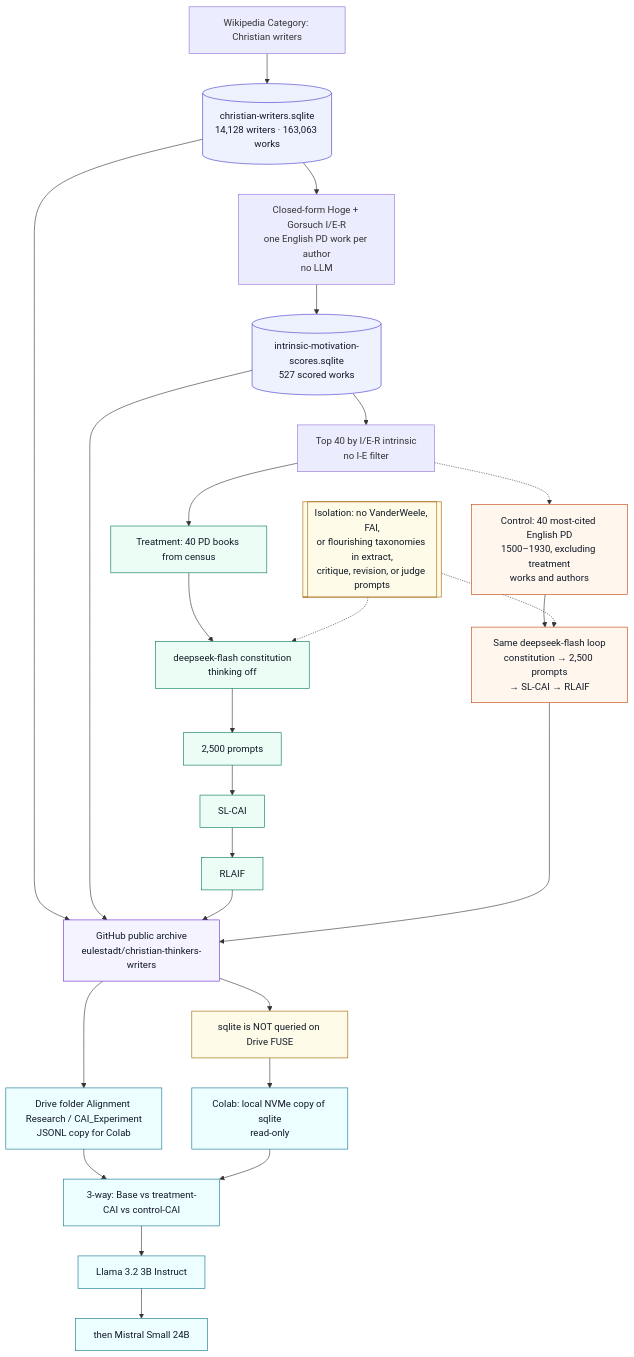
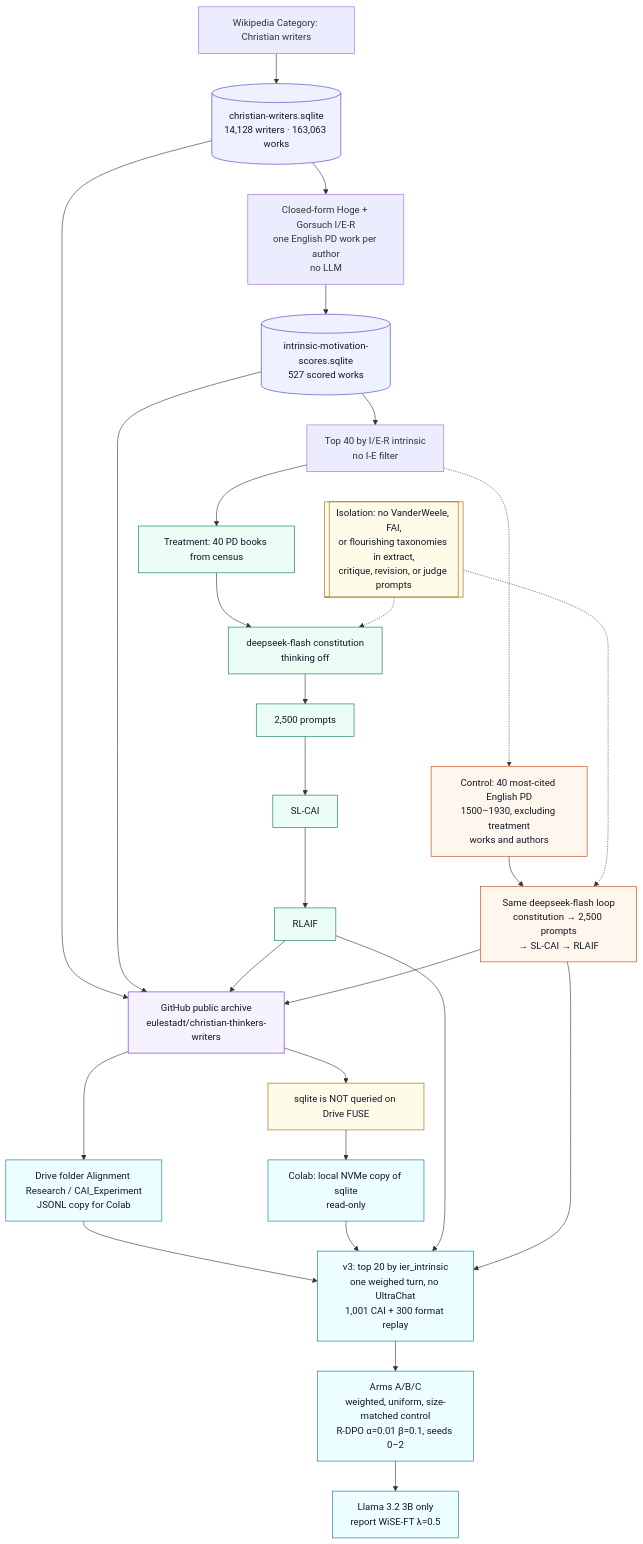
The diagram in docs/pipeline-flowchart.md (eulestadt/christian-thinkers-writers), drawn with Mermaid before and after one commit. The commit also changed other lines of this file and 20 other files, not shown here.

````diff
--- a/docs/pipeline-flowchart.md
+++ b/docs/pipeline-flowchart.md
@@ -11,58 +11,60 @@
 ```mermaid
 flowchart TB
   WP["Wikipedia Category: Christian writers"]
   CDB[("christian-writers.sqlite<br/>14,128 writers · 163,063 works")]
   SC["Closed-form Hoge + Gorsuch I/E-R<br/>one English PD work per author<br/>no LLM"]
   SDB[("intrinsic-motivation-scores.sqlite<br/>527 scored works")]
   T40["Top 40 by I/E-R intrinsic<br/>no I-E filter"]
 
   WP --> CDB --> SC --> SDB --> T40
 
   ISO[["Isolation: no VanderWeele, FAI,<br/>or flourishing taxonomies in extract,<br/>critique, revision, or judge prompts"]]
 
   TB["Treatment: 40 PD books from census"]
   TC["deepseek-flash constitution<br/>thinking off"]
   TP["2,500 prompts"]
   TSL["SL-CAI"]
   TRL["RLAIF"]
   T40 --> TB --> TC --> TP --> TSL --> TRL
   ISO -.-> TC
 
   CB["Control: 40 most-cited English PD<br/>1500–1930, excluding treatment<br/>works and authors"]
   CC["Same deepseek-flash loop<br/>constitution → 2,500 prompts<br/>→ SL-CAI → RLAIF"]
   T40 -.-> CB --> CC
   ISO -.-> CC
 
   GH["GitHub public archive<br/>eulestadt/christian-thinkers-writers"]
   CDB --> GH
   SDB --> GH
   TRL --> GH
   CC --> GH
 
   JL["Drive folder Alignment Research / CAI_Experiment<br/>JSONL copy for Colab"]
   NF["sqlite is NOT queried on Drive FUSE"]
   GH --> JL
   GH --> NF
 
   NV["Colab: local NVMe copy of sqlite<br/>read-only"]
-  AR["3-way: Base vs treatment-CAI vs control-CAI"]
-  L3["Llama 3.2 3B Instruct"]
-  MS["then Mistral Small 24B"]
+  V3["v3: top 20 by ier_intrinsic<br/>one weighed turn, no UltraChat<br/>1,001 CAI + 300 format replay"]
+  ARMS["Arms A/B/C<br/>weighted, uniform, size-matched control<br/>R-DPO α=0.01 β=0.1, seeds 0–2"]
+  L3["Llama 3.2 3B only<br/>report WiSE-FT λ=0.5"]
   NF --> NV
-  JL --> AR
-  NV --> AR
-  AR --> L3 --> MS
+  JL --> V3
+  NV --> V3
+  TRL --> V3
+  CC --> V3
+  V3 --> ARMS --> L3
 
   classDef db fill:#eef2ff,stroke:#4338ca,color:#111827
   classDef treat fill:#ecfdf5,stroke:#047857,color:#111827
   classDef ctrl fill:#fff7ed,stroke:#c2410c,color:#111827
   classDef iso fill:#fefce8,stroke:#a16207,color:#111827
   classDef gh fill:#f5f3ff,stroke:#6d28d9,color:#111827
   classDef col fill:#ecfeff,stroke:#0e7490,color:#111827
   class CDB,SDB db
   class TB,TC,TP,TSL,TRL treat
   class CB,CC ctrl
   class ISO,NF iso
   class GH gh
-  class JL,NV,AR,L3,MS col
+  class JL,NV,V3,ARMS,L3 col
 ```
````
